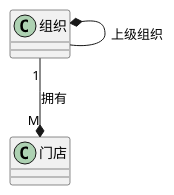
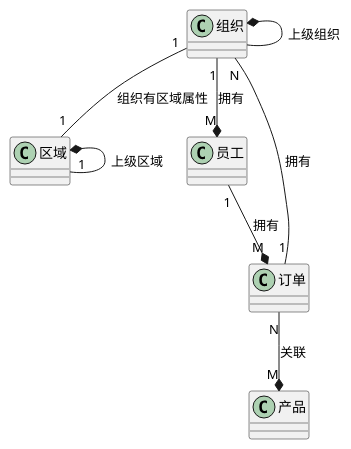
One commit to vgrails/vgrails changed the diagram in vg-docs/src/docs/asciidoc/tutorial.adoc. Above: the diagram before and after it, drawn with PlantUML. The commit also changed other lines of this file and 34 other files, not shown here.

```diff
--- a/vg-docs/src/docs/asciidoc/tutorial.adoc
+++ b/vg-docs/src/docs/asciidoc/tutorial.adoc
@@ -13,5 +21,11 @@
-[plantuml, org-student-lesson, png]
+[plantuml, background, png]
 ----
 组织  *--  组织 :上级组织
-组织 "1" --* "M" 门店 : 拥有
+组织  "1" -- "1" 区域 : 组织有区域属性
+区域  *-- "1" 区域 : 上级区域
+组织 "1" --* "M" 员工 : 拥有
+员工 "1" --* "M" 订单 : 拥有
+组织 "N" -- "1" 订单 : 拥有
+
+订单 "N" --* "M" 产品 : 关联
 ----
```
